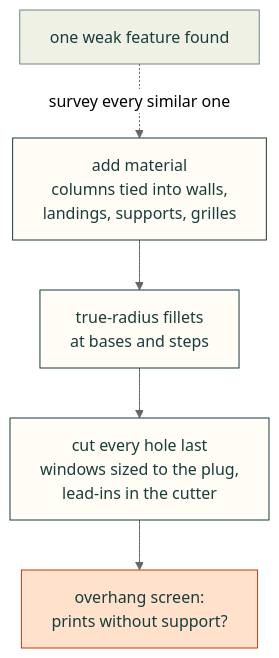
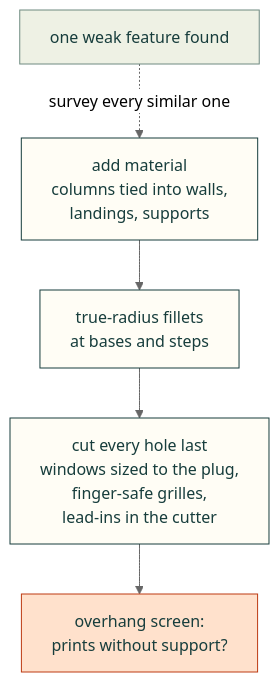
Before and after one commit to Valpatel/cad-agent: the diagram in lessons/mechanical/design-rules.md, drawn with Mermaid (neutral theme). The commit also changed 13 other files, not shown here.

````diff
--- a/lessons/mechanical/design-rules.md
+++ b/lessons/mechanical/design-rules.md
@@ -5,13 +5,13 @@
 ```mermaid
 flowchart TD
-    A["add material<br/>columns tied into walls,<br/>landings, supports, grilles"] --> F["true-radius fillets<br/>at bases and steps"]
-    F --> H["cut every hole last<br/>windows sized to the plug,<br/>lead-ins in the cutter"]
+    A["add material<br/>columns tied into walls,<br/>landings, supports"] --> F["true-radius fillets<br/>at bases and steps"]
+    F --> H["cut every hole last<br/>windows sized to the plug,<br/>finger-safe grilles,<br/>lead-ins in the cutter"]
     H --> O["overhang screen:<br/>prints without support?"]
     W["one weak feature found"] -.->|"survey every similar one"| A
     classDef here fill:#fffdf5,stroke:#173d3c,color:#173d3c
     classDef near fill:#eef1e4,stroke:#6f8a80,color:#173d3c
     classDef out fill:#ffe1cc,stroke:#bd3a12,color:#173d3c
     class A,F,H here
     class W near
     class O out
 ```
````
